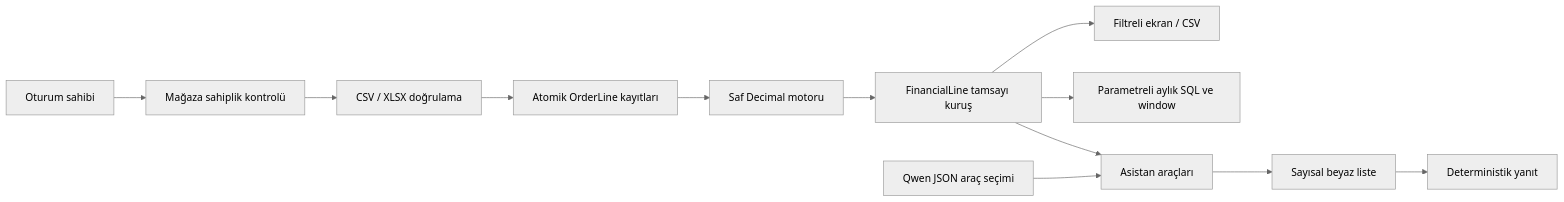
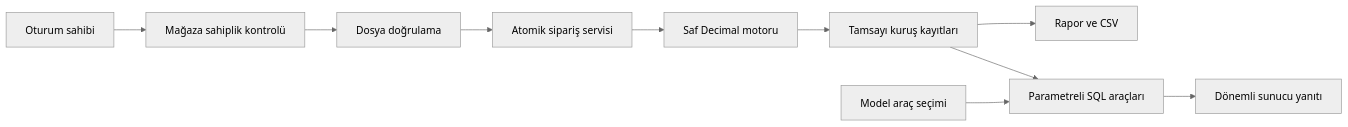
One commit to nowackk-cp/karkontrol changed the diagram in docs/MIMARI.md. Above: the diagram before and after it, drawn with Mermaid (neutral theme). The commit also changed other lines of this file and 34 other files, not shown here.

````diff
--- a/docs/MIMARI.md
+++ b/docs/MIMARI.md
@@ -3,14 +3,12 @@
 ```mermaid
 flowchart LR
-    A[Oturum sahibi] --> B[Mağaza sahiplik kontrolü]
-    B --> C[CSV / XLSX doğrulama]
-    C --> D[Atomik OrderLine kayıtları]
-    D --> E[Saf Decimal motoru]
-    E --> F[FinancialLine tamsayı kuruş]
-    F --> G[Filtreli ekran / CSV]
-    F --> H[Parametreli aylık SQL ve window]
-    F --> I[Asistan araçları]
-    L[Qwen JSON araç seçimi] --> I
-    I --> J[Sayısal beyaz liste]
-    J --> K[Deterministik yanıt]
+ A[Oturum sahibi] --> B[Mağaza sahiplik kontrolü]
+ B --> C[Dosya doğrulama]
+ C --> D[Atomik sipariş servisi]
+ D --> E[Saf Decimal motoru]
+ E --> F[Tamsayı kuruş kayıtları]
+ F --> G[Rapor ve CSV]
+ F --> H[Parametreli SQL araçları]
+ I[Model araç seçimi] --> H
+ H --> J[Dönemli sunucu yanıtı]
 ```
````
